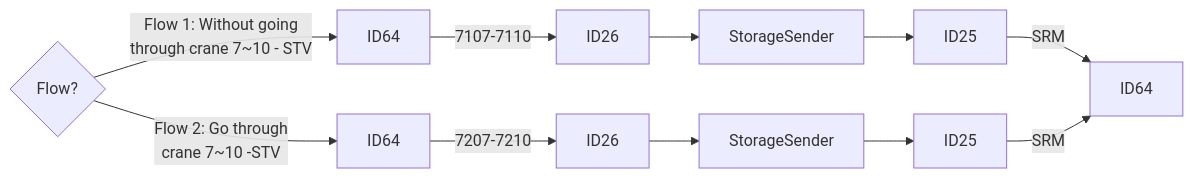
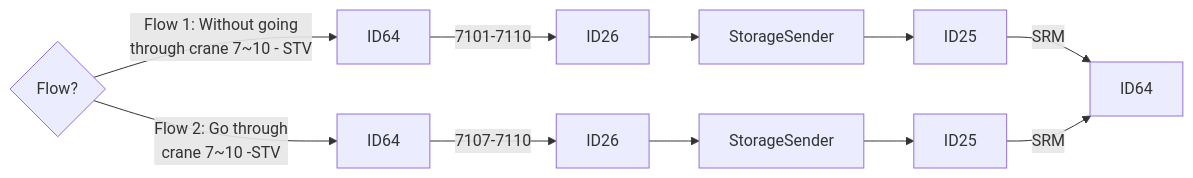
One commit to luthfiadityaa/SimeDarby-Wiki changed the second of 24 diagrams in Basic-Design/DFD-WMS/Storage/Unplanned-Storage/Unplanned-Storage-from-OP-Area.md. Above: the diagram before and after it, drawn with Mermaid.

Commit message:
Updated Unplanned Storage from OP Area

```diff
--- a/Basic-Design/DFD-WMS/Storage/Unplanned-Storage/Unplanned-Storage-from-OP-Area.md
+++ b/Basic-Design/DFD-WMS/Storage/Unplanned-Storage/Unplanned-Storage-from-OP-Area.md
@@ -17,11 +17,11 @@
 ::: mermaid
 flowchart LR
   
 Cond1{Flow?} 
 Cond1 --> |Flow 1: Without going 
 through crane 7~10 - STV| P8[ID64]
 Cond1 --> |Flow 2: Go through 
 crane 7~10 -STV| P9[ID64]
-P8[ID64]--> |7107-7110| P10[ID26]-->P11[StorageSender]-->P12[ID25]--> |SRM| P18[ID64]
-P9[ID64]--> |7207-7210| P15[ID26]-->P16[StorageSender]-->P17[ID25]--> |SRM| P18[ID64]
+P8[ID64]--> |7101-7110| P10[ID26]-->P11[StorageSender]-->P12[ID25]--> |SRM| P18[ID64]
+P9[ID64]--> |7107-7110| P15[ID26]-->P16[StorageSender]-->P17[ID25]--> |SRM| P18[ID64]
 :::
```
